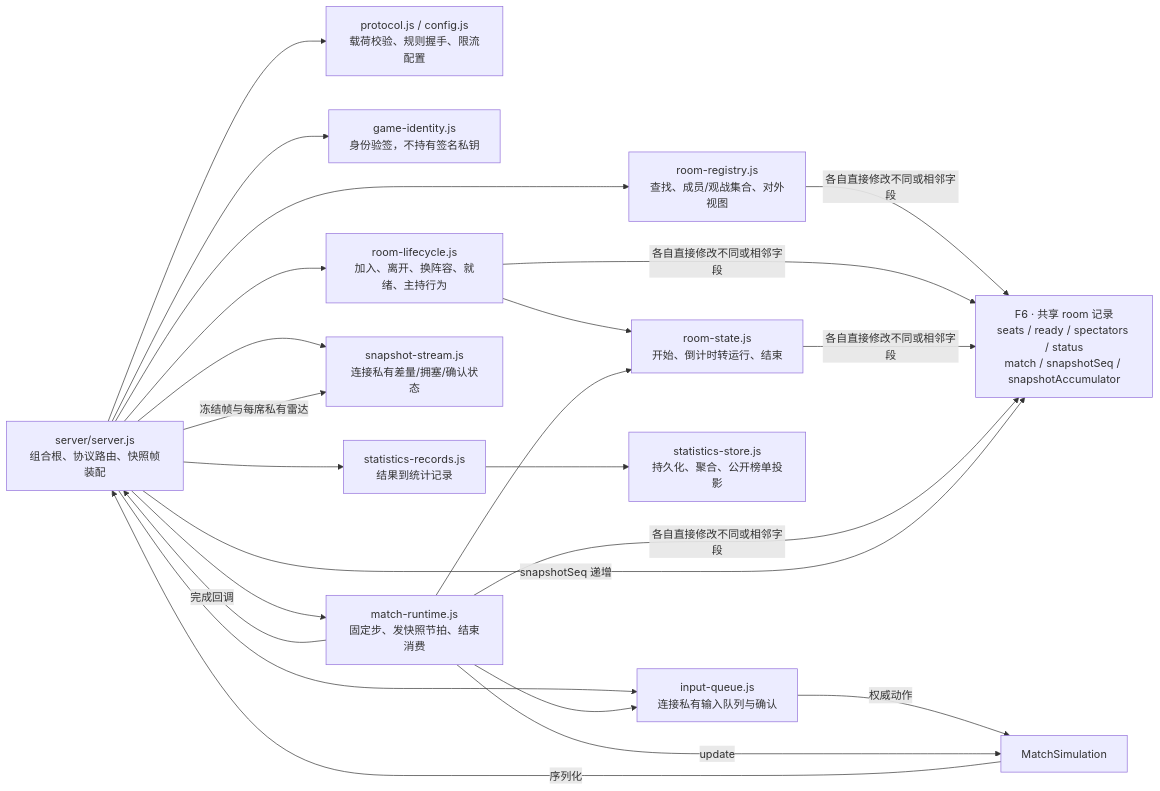
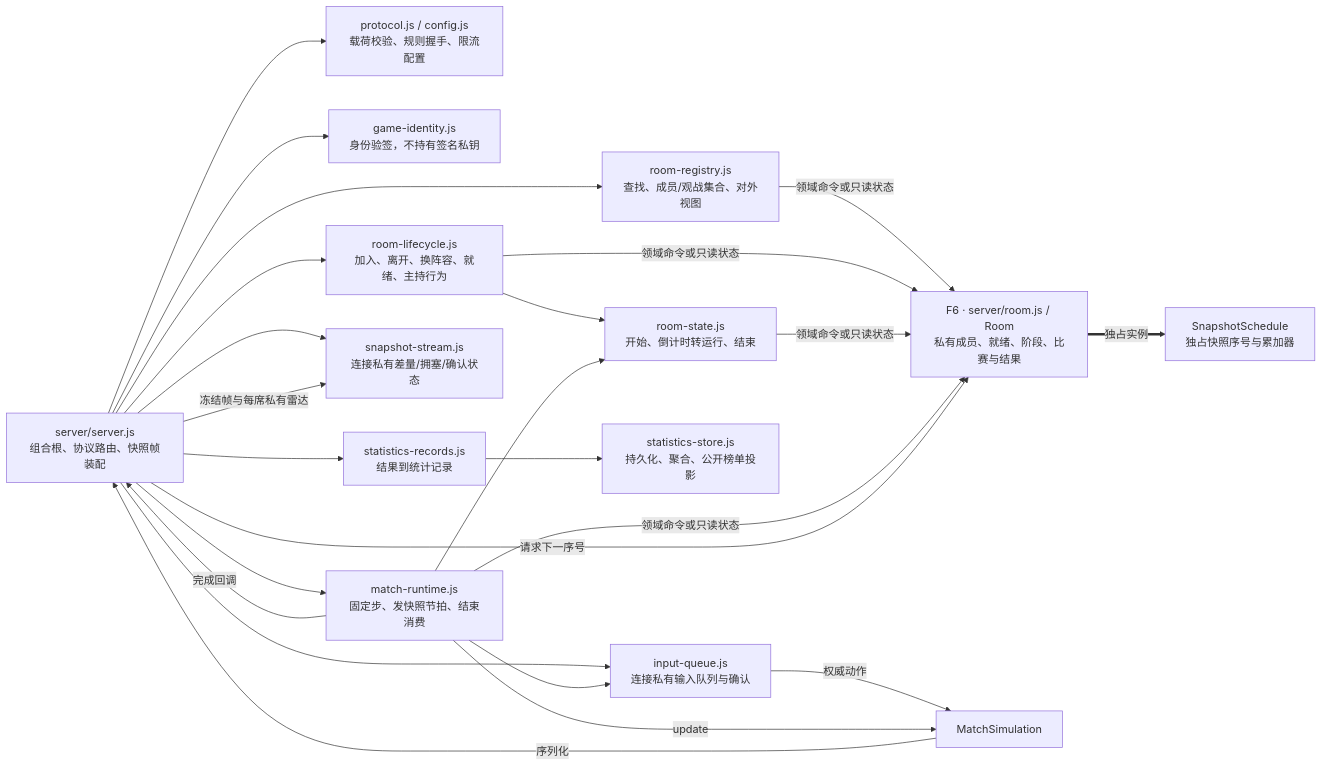
The eighth of 8 diagrams in docs/architecture-map.md (Haruhi-Labs/TDOS), drawn with Mermaid before and after one commit. The commit also changed other lines of this file and 4 other files, not shown here.

Commit message:
docs(architecture): 更新状态所有权地图与完整验收证据

````diff
--- a/docs/architecture-map.md
+++ b/docs/architecture-map.md
@@ -351,28 +361,30 @@
 ```mermaid
 flowchart LR
   SERVER["server/server.js<br/>组合根、协议路由、快照帧装配"]
   PROTOCOL["protocol.js / config.js<br/>载荷校验、规则握手、限流配置"]
   ID["game-identity.js<br/>身份验签，不持有签名私钥"]
   REG["room-registry.js<br/>查找、成员/观战集合、对外视图"]
   LIFE["room-lifecycle.js<br/>加入、离开、换阵容、就绪、主持行为"]
   STATE["room-state.js<br/>开始、倒计时转运行、结束"]
   RUNTIME["match-runtime.js<br/>固定步、发快照节拍、结束消费"]
-  ROOM["F6 · 共享 room 记录<br/>seats / ready / spectators / status<br/>match / snapshotSeq / snapshotAccumulator"]
+  ROOM["F6 · server/room.js / Room<br/>私有成员、就绪、阶段、比赛与结果"]
+  SCHEDULE["SnapshotSchedule<br/>独占快照序号与累加器"]
   INPUT["input-queue.js<br/>连接私有输入队列与确认"]
   STREAM["snapshot-stream.js<br/>连接私有差量/拥塞/确认状态"]
   MATCH["MatchSimulation"]
   RECORD["statistics-records.js<br/>结果到统计记录"]
   STORE["statistics-store.js<br/>持久化、聚合、公开榜单投影"]
   SERVER --> PROTOCOL & ID & REG & LIFE & RUNTIME & INPUT & STREAM
-  REG & LIFE & STATE & RUNTIME -->|各自直接修改不同或相邻字段| ROOM
-  SERVER -->|snapshotSeq 递增| ROOM
+  REG & LIFE & STATE & RUNTIME -->|领域命令或只读状态| ROOM
+  SERVER -->|请求下一序号| ROOM
+  ROOM ==>|独占实例| SCHEDULE
   LIFE --> STATE
   RUNTIME --> STATE
   RUNTIME --> INPUT
   INPUT -->|权威动作| MATCH
   RUNTIME -->|update| MATCH
   MATCH -->|序列化| SERVER
   SERVER -->|冻结帧与每席私有雷达| STREAM
   RUNTIME -->|完成回调| SERVER
   SERVER --> RECORD --> STORE
 ```
````
